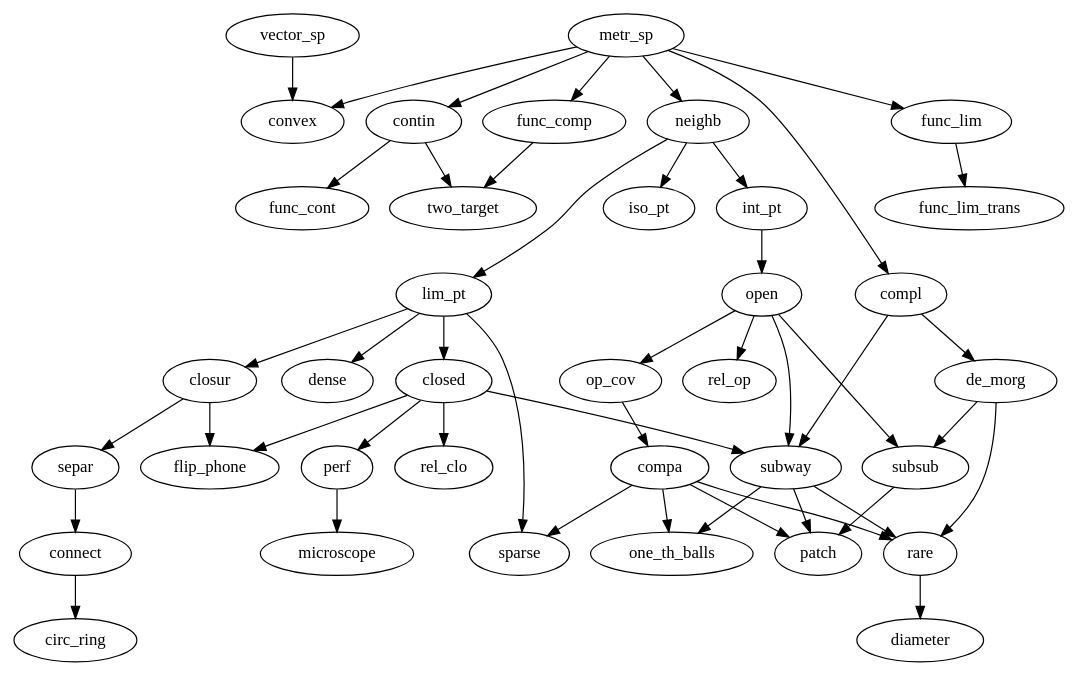
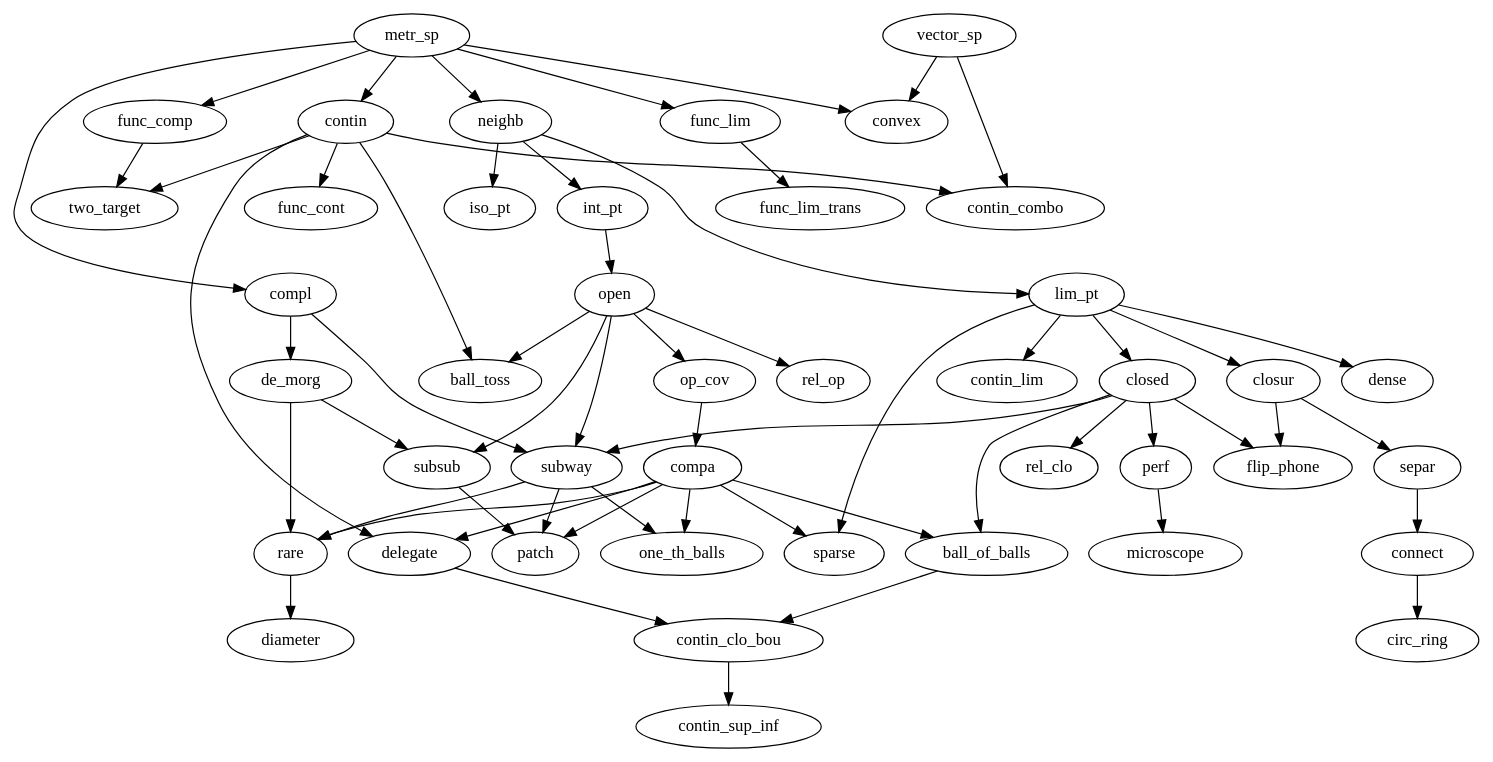
Before and after one commit to naveenvpai/real_analysis: the diagram in topology.gv, drawn with Graphviz. The commit also changed 1 other file, not shown here.

Commit message:
Add continuous maps preserves proofs

```diff
--- a/topology.gv
+++ b/topology.gv
@@ -1,62 +1,81 @@
 digraph G {
   metr_sp -> neighb;
   metr_sp -> compl;
   neighb -> int_pt;
   neighb -> lim_pt;
   neighb -> iso_pt;
   int_pt -> open;
   lim_pt -> closed;
   lim_pt -> closur;
   lim_pt -> dense;
   closed -> perf;
   closed -> rel_clo;
   open -> rel_op;
   open-> op_cov;
   op_cov -> compa;
   compl -> de_morg;
   compl -> subway;
   open -> subway;
   closed -> subway;
   subway -> one_th_balls;
   compa -> one_th_balls;
   open -> subsub;
   de_morg -> subsub;
   subsub -> patch;
   compa -> patch;
   subway -> patch;
   closed -> flip_phone;
   closur -> flip_phone;
   compa -> rare;
   subway -> rare;
   de_morg -> rare;
   compa -> sparse;
   lim_pt -> sparse;
   rare -> diameter;
   vector_sp -> convex;
   metr_sp -> convex;
   closur -> separ;
   separ -> connect;
   connect -> circ_ring;
   metr_sp -> func_lim;
   metr_sp -> contin;
   perf -> microscope;
   func_lim -> func_lim_trans;
   contin -> func_cont;
   metr_sp -> func_comp;
   contin -> two_target;
   func_comp -> two_target;
+  open -> ball_toss;
+  contin -> ball_toss;
+  lim_pt -> contin_lim;
+  contin -> contin_combo;
+  vector_sp -> contin_combo;
+  compa -> ball_of_balls;
+  closed -> ball_of_balls;
+  compa -> delegate;
+  contin -> delegate;
+  ball_of_balls -> contin_clo_bou;
+  delegate -> contin_clo_bou;
+  contin_clo_bou -> contin_sup_inf;
 }
 
 /*
  * de_morg = De Morgan's Law
  * subway = Complement of Open Sets is Closed
  * one_th_balls = Compact Sets are Closed
  * subsub = Union/Intersection of Open/Closed Sets
  * patch = Closed subsets of compact sets are compact
  * flip_phone = Characterization of Closure
  * rare = Infinite Intersection of Compact Sets Nonempty when Finite Intersection Always Nonempty
  * sparse = Compact sets are Sequentially compact
  * microscope = Cantor 1/3 set is perfect
  * circ_ring = Characterization of Connected Sets
  * two_target = Composition of Partially Continuous Function is Partially Continuous
+ * ball_toss = Continuous iff preimage of open sets are open
+ * delegate = Continuous mpas preserve compactness
+ * contin_lim = Continuous maps preserve limits
+ * contin_combo = Combos of continuous maps are continuous
+ * ball_of_balls = Compact implies closed and bounded
+ * contin_clo_bou = Continuous func image of compact set is closed and bounded;
+ * contin_sup_inf = Continuous func achieves inf and sup on compact set
  * */
```
